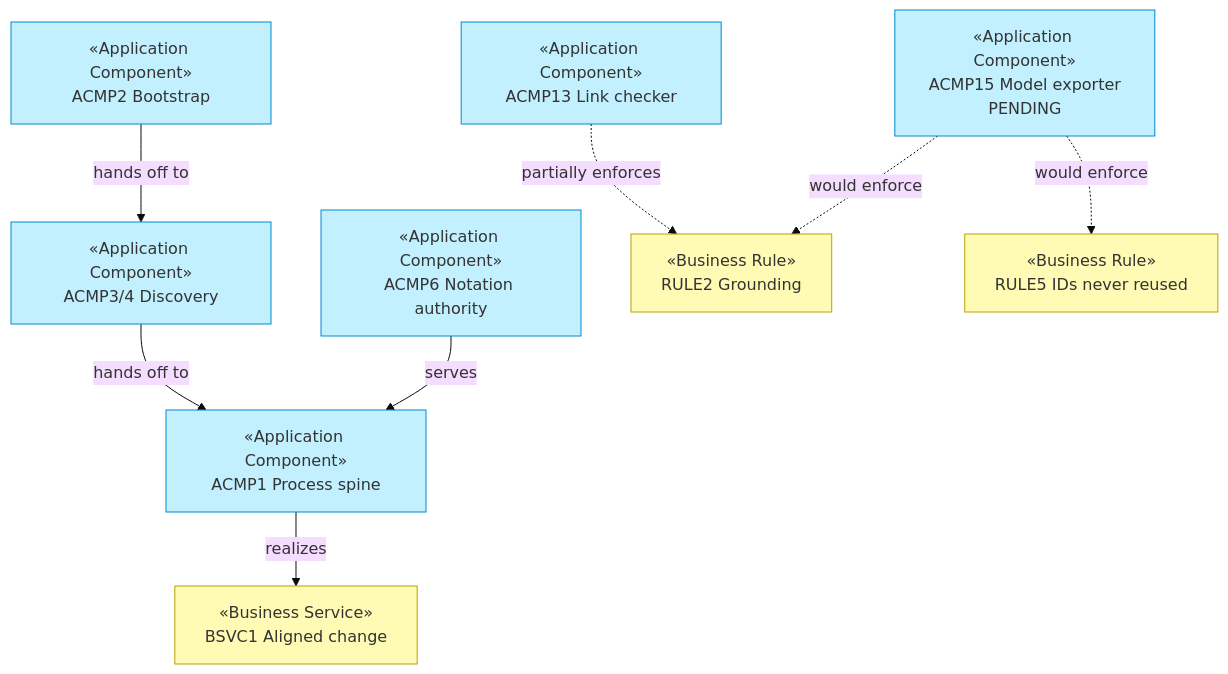
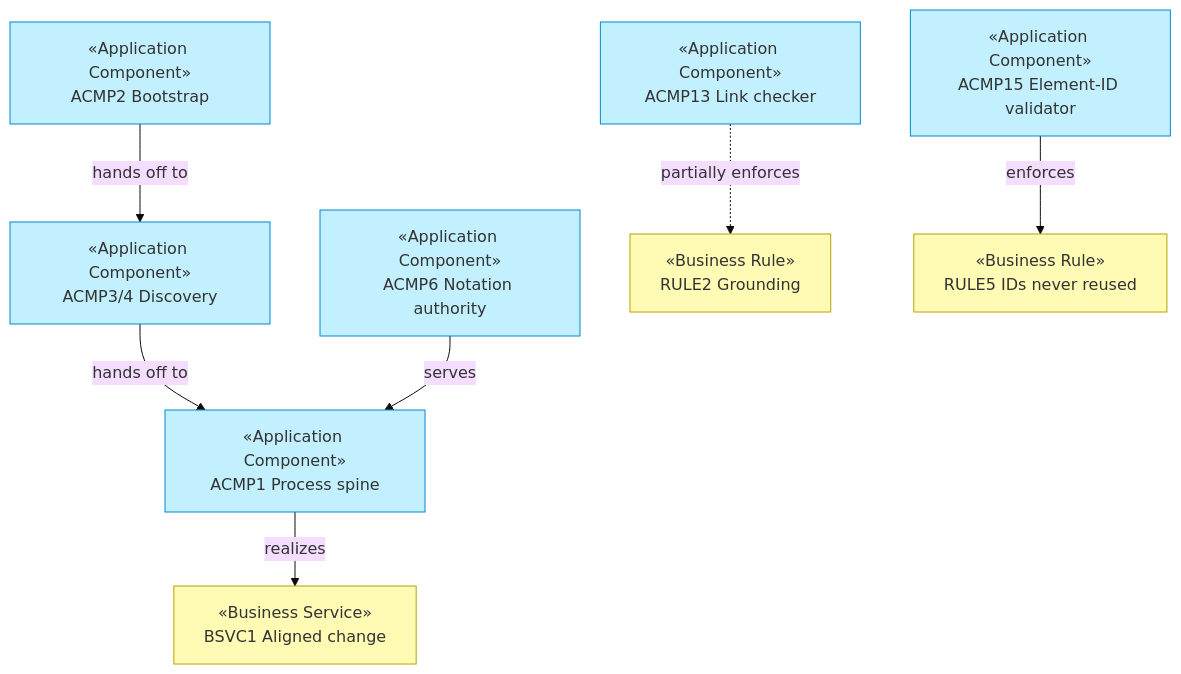
One commit to roanboc/architecture-archreator changed the diagram in meta/ea/4_application/1_application-components.md. Above: the diagram before and after it, drawn with Mermaid (base theme). The commit also changed other lines of this file and 36 other files, not shown here.

First line of the commit message:
feat: enforce element IDs in CI, drop the model database, remove the fictional example

````diff
--- a/meta/ea/4_application/1_application-components.md
+++ b/meta/ea/4_application/1_application-components.md
@@ -58,24 +62,23 @@
 ```mermaid
 flowchart TB
   acmp1["«Application Component»<br>ACMP1 Process spine"]:::application
   acmp2["«Application Component»<br>ACMP2 Bootstrap"]:::application
   acmp3["«Application Component»<br>ACMP3/4 Discovery"]:::application
   acmp6["«Application Component»<br>ACMP6 Notation authority"]:::application
   acmp13["«Application Component»<br>ACMP13 Link checker"]:::application
-  acmp15["«Application Component»<br>ACMP15 Model exporter<br>PENDING"]:::application
+  acmp15["«Application Component»<br>ACMP15 Element-ID validator"]:::application
 
   bsvc1["«Business Service»<br>BSVC1 Aligned change"]:::business
   rule2["«Business Rule»<br>RULE2 Grounding"]:::business
   rule5["«Business Rule»<br>RULE5 IDs never reused"]:::business
 
   acmp2 -->|hands off to| acmp3
   acmp3 -->|hands off to| acmp1
   acmp1 -->|realizes| bsvc1
   acmp6 -->|serves| acmp1
   acmp13 -.->|partially enforces| rule2
-  acmp15 -.->|would enforce| rule2
-  acmp15 -.->|would enforce| rule5
+  acmp15 -->|enforces| rule5
 
   classDef application fill:#c2f0ff,stroke:#0288d1,color:#333
   classDef business fill:#fffbb5,stroke:#b8a200,color:#333
 ```
````
